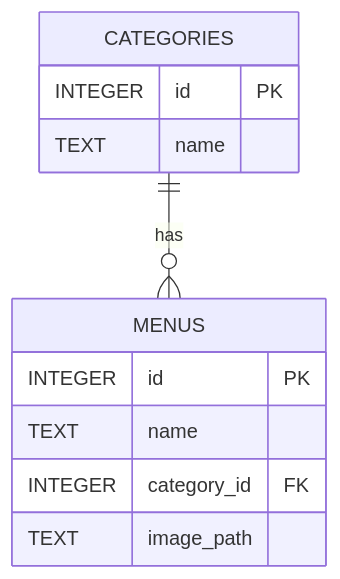
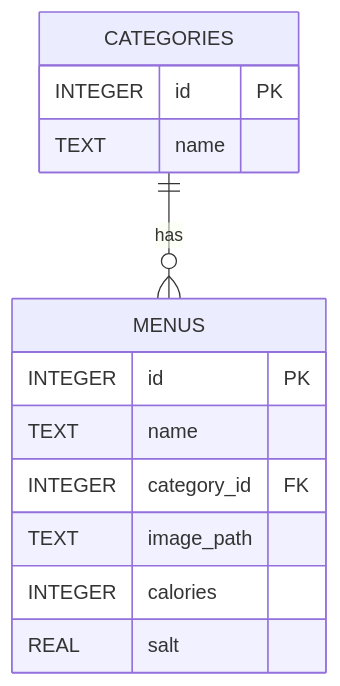
One commit to ryohidaka/torikizoku-menus changed the diagram in docs/database.md. Above: the diagram before and after it, drawn with Mermaid. The commit also changed other lines of this file and 1 other file, not shown here.

Commit message:
docs: データベース構成と出典元を更新

````diff
--- a/docs/database.md
+++ b/docs/database.md
@@ -5,16 +5,18 @@
 ```mermaid
 erDiagram
     CATEGORIES {
         INTEGER id PK
         TEXT name
     }
 
     MENUS {
         INTEGER id PK
         TEXT name
         INTEGER category_id FK
         TEXT image_path
+        INTEGER calories
+        REAL salt
     }
 
     CATEGORIES ||--o{ MENUS: "has"
 ```
````
